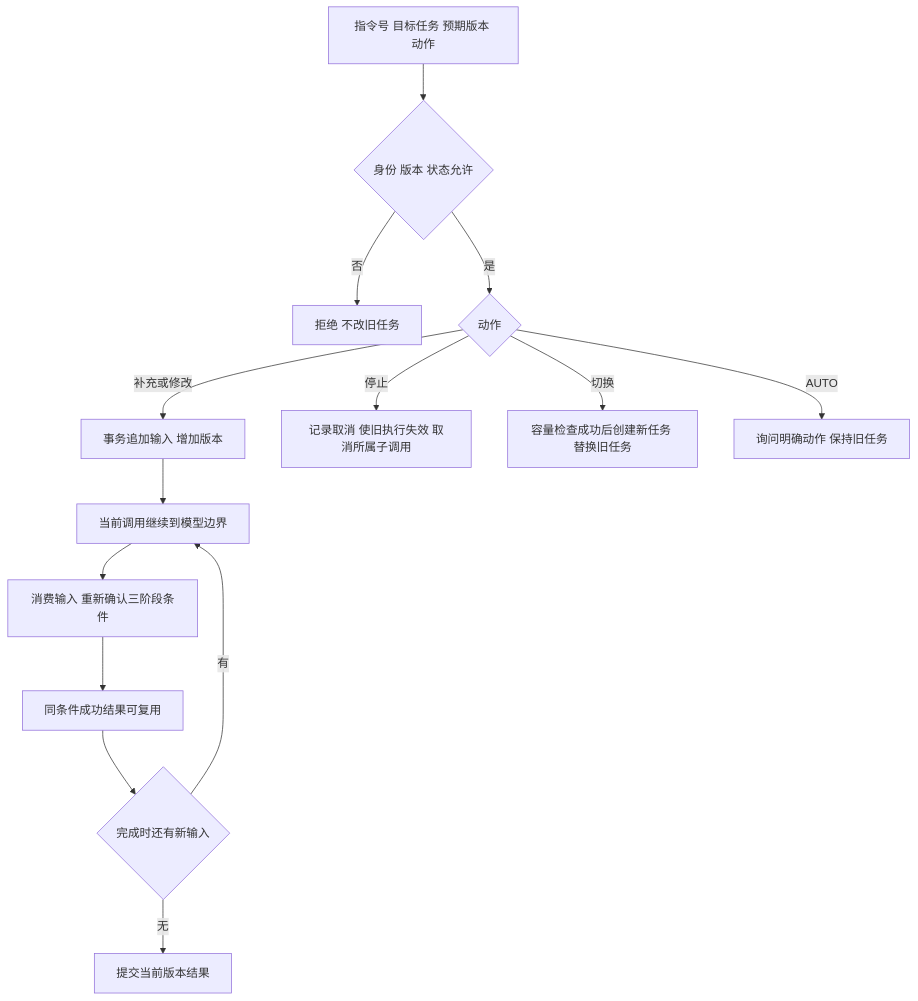
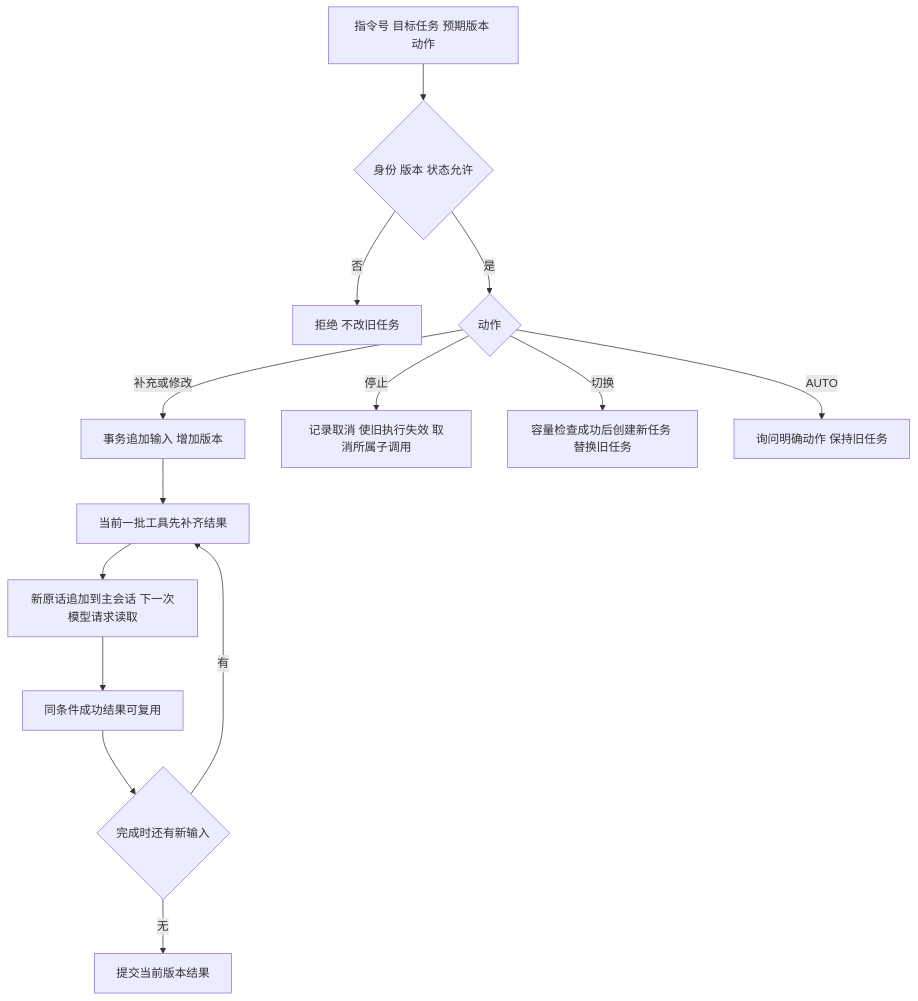
Before and after one commit to hj456992/agentscope-react-demo: the second of 4 diagrams in docs/Supervisor使用说明.md, drawn with Mermaid. The commit also changed other lines of this file and 26 other files, not shown here.

````diff
--- a/docs/Supervisor使用说明.md
+++ b/docs/Supervisor使用说明.md
@@ -58,16 +74,16 @@
 ```mermaid
 flowchart TD
     A[指令号 目标任务 预期版本 动作] --> B{身份 版本 状态允许}
     B -->|否| X[拒绝 不改旧任务]
     B -->|是| C{动作}
     C -->|补充或修改| D[事务追加输入 增加版本]
-    D --> E[当前调用继续到模型边界]
-    E --> F[消费输入 重新确认三阶段条件]
+    D --> E[当前一批工具先补齐结果]
+    E --> F[新原话追加到主会话 下一次模型请求读取]
     F --> G[同条件成功结果可复用]
     G --> H{完成时还有新输入}
     H -->|有| E
     H -->|无| J[提交当前版本结果]
     C -->|停止| K[记录取消 使旧执行失效 取消所属子调用]
     C -->|切换| L[容量检查成功后创建新任务 替换旧任务]
     C -->|AUTO| M[询问明确动作 保持旧任务]
 ```
````
